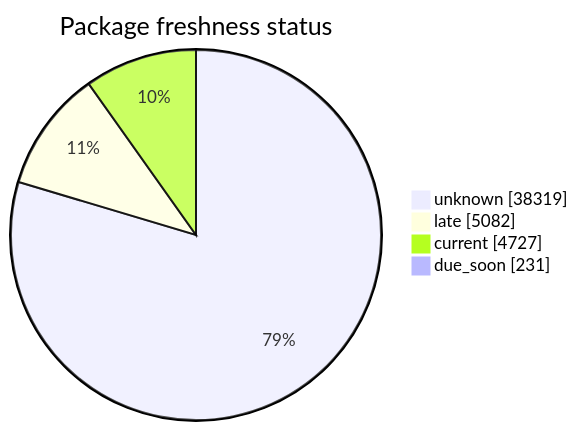
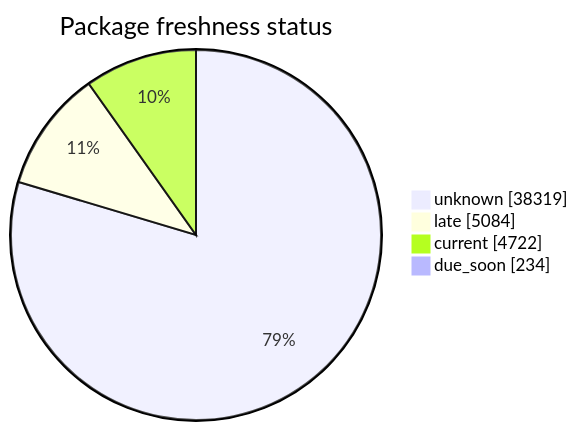
One commit to open-data/analytics-corporate-reporting changed the second of 5 diagrams in FreshCheck/README.md. Above: the diagram before and after it, drawn with Mermaid. The commit also changed other lines of this file and 3 other files, not shown here.

````diff
--- a/FreshCheck/README.md
+++ b/FreshCheck/README.md
@@ -68,7 +68,7 @@
 ```mermaid
 pie showData title Package freshness status
     "unknown": 38319
-    "late": 5082
-    "current": 4727
-    "due_soon": 231
+    "late": 5084
+    "current": 4722
+    "due_soon": 234
 ```
````
